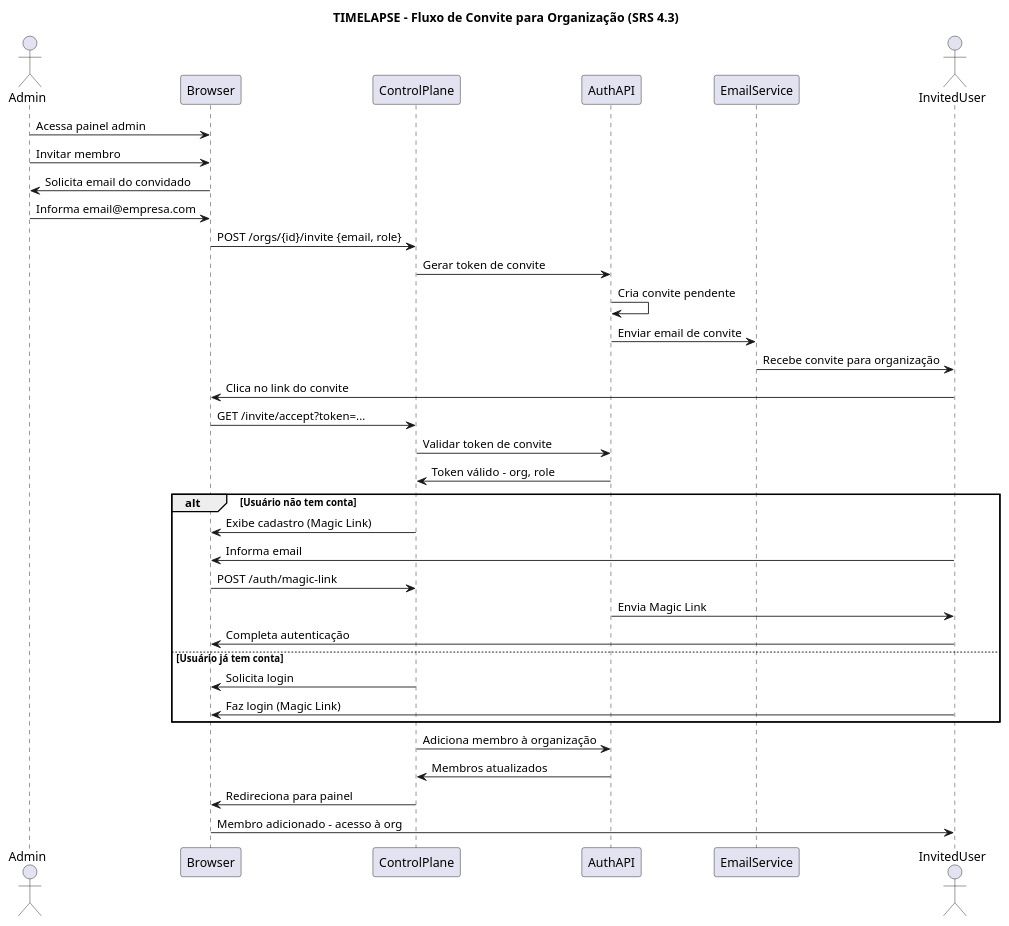
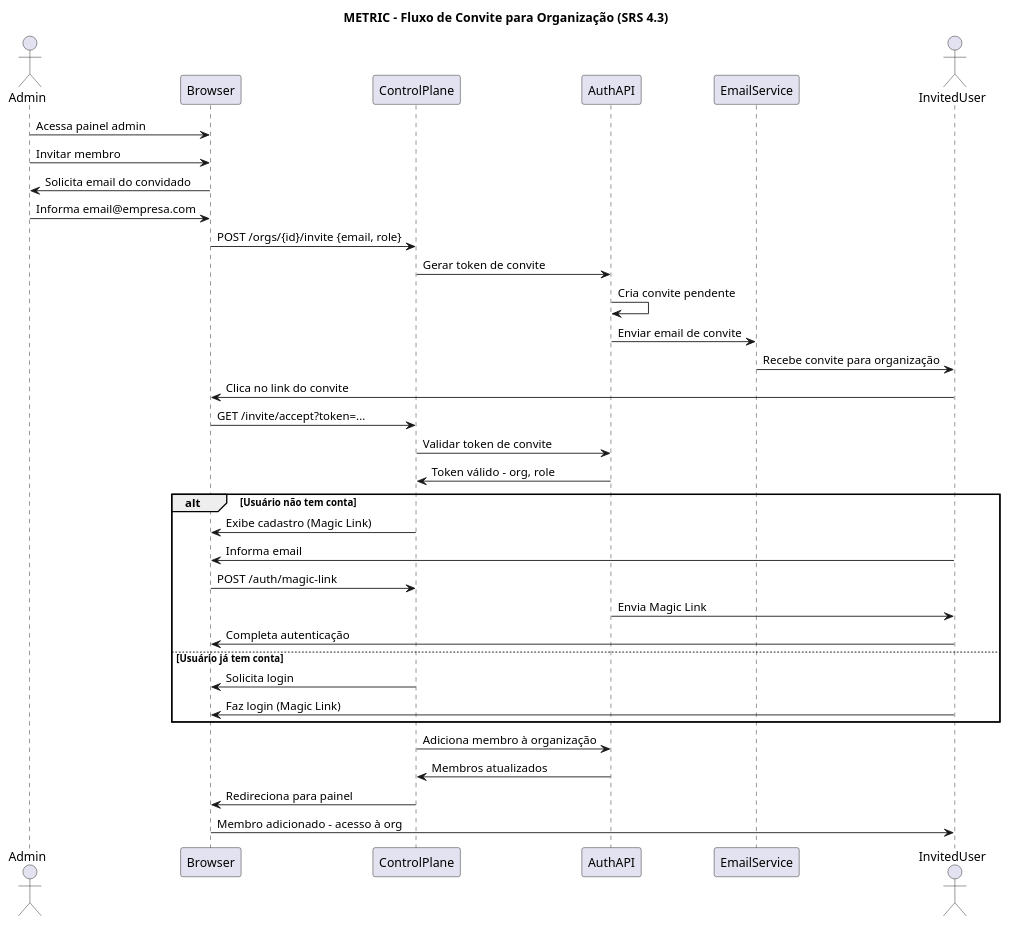
Before and after one commit to Gustavohps10/metric: the diagram in docs/srs/diagrams/puml/flow/diagram-flow-013-invite-flow.puml, drawn with PlantUML. The commit also changed 208 other files, not shown here.

Commit message:
chore: rename project from timelapse to metric

```diff
--- a/docs/srs/diagrams/puml/flow/diagram-flow-013-invite-flow.puml
+++ b/docs/srs/diagrams/puml/flow/diagram-flow-013-invite-flow.puml
@@ -1,41 +1,41 @@
 @startuml InviteFlow
-title TIMELAPSE - Fluxo de Convite para Organização (SRS 4.3)
+title METRIC - Fluxo de Convite para Organização (SRS 4.3)
 actor Admin
 participant Browser
 participant ControlPlane
 participant AuthAPI
 participant EmailService
 actor InvitedUser
 
 Admin -> Browser: Acessa painel admin
 Admin -> Browser: Invitar membro
 Browser -> Admin: Solicita email do convidado
 Admin -> Browser: Informa email@empresa.com
 
 Browser -> ControlPlane: POST /orgs/{id}/invite {email, role}
 ControlPlane -> AuthAPI: Gerar token de convite
 AuthAPI -> AuthAPI: Cria convite pendente
 AuthAPI -> EmailService: Enviar email de convite
 EmailService -> InvitedUser: Recebe convite para organização
 
 InvitedUser -> Browser: Clica no link do convite
 Browser -> ControlPlane: GET /invite/accept?token=...
 ControlPlane -> AuthAPI: Validar token de convite
 AuthAPI -> ControlPlane: Token válido - org, role
 
 alt Usuário não tem conta
     ControlPlane -> Browser: Exibe cadastro (Magic Link)
     InvitedUser -> Browser: Informa email
     Browser -> ControlPlane: POST /auth/magic-link
     AuthAPI -> InvitedUser: Envia Magic Link
     InvitedUser -> Browser: Completa autenticação
 else Usuário já tem conta
     ControlPlane -> Browser: Solicita login
     InvitedUser -> Browser: Faz login (Magic Link)
 end
 
 ControlPlane -> AuthAPI: Adiciona membro à organização
 AuthAPI -> ControlPlane: Membros atualizados
 ControlPlane -> Browser: Redireciona para painel
 Browser -> InvitedUser: Membro adicionado - acesso à org
 @enduml
```
